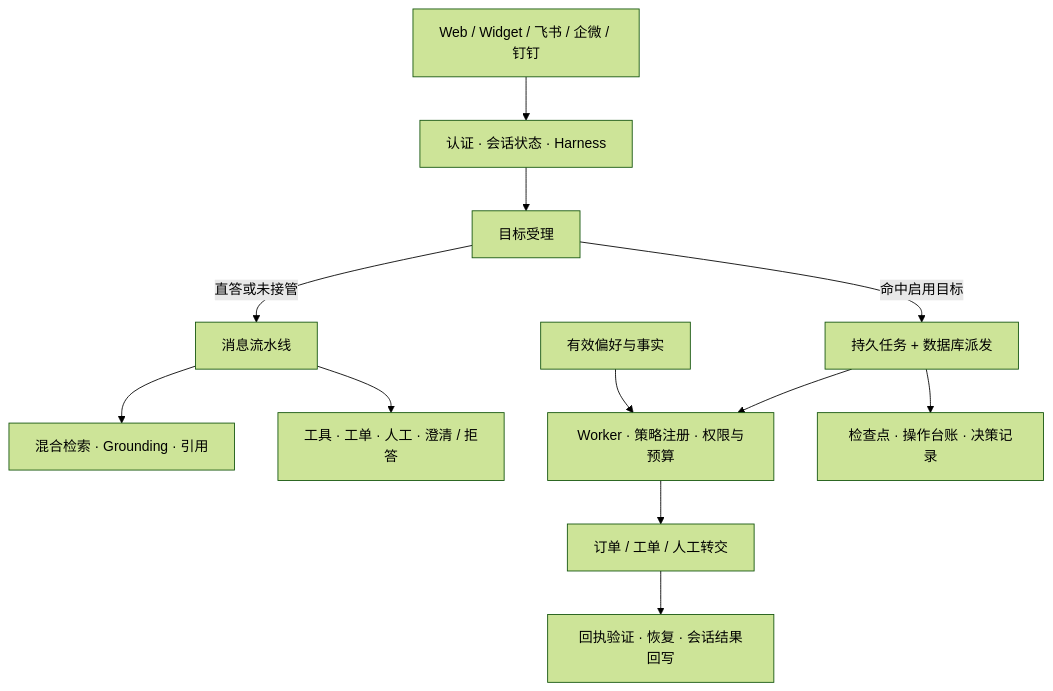
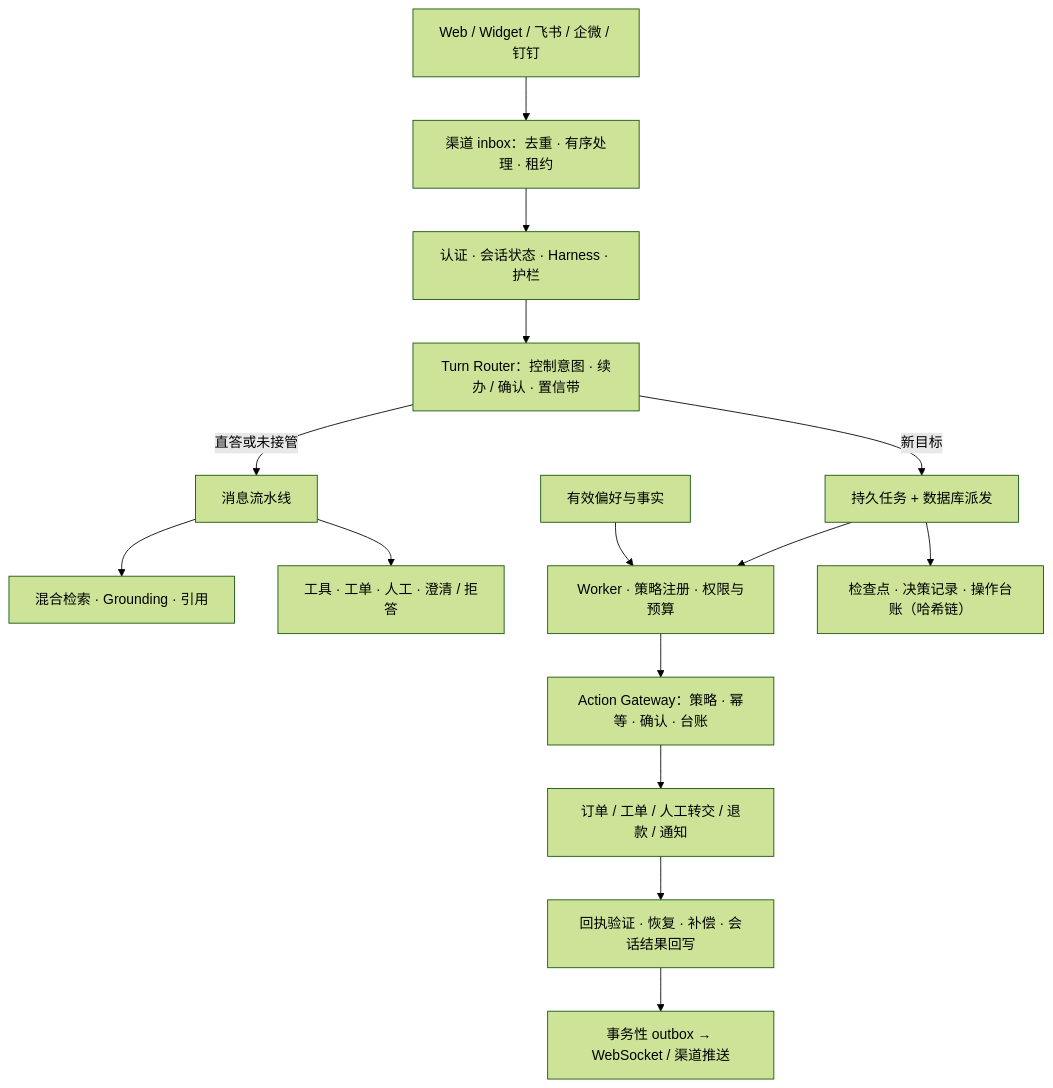
Before and after one commit to RightCloudhub/AskFlow: the diagram in README.md, drawn with Mermaid (forest theme). The commit also changed other lines of this file, not shown here.

````diff
--- a/README.md
+++ b/README.md
@@ -142,14 +143,17 @@
 ```mermaid
 flowchart TD
-    Channels["Web / Widget / 飞书 / 企微 / 钉钉"] --> Chat["认证 · 会话状态 · Harness"]
-    Chat --> Intake["目标受理"]
-    Intake -->|命中启用目标| Tasks["持久任务 + 数据库派发"]
-    Intake -->|直答或未接管| Pipeline["消息流水线"]
+    Channels["Web / Widget / 飞书 / 企微 / 钉钉"] --> Inbox["渠道 inbox：去重 · 有序处理 · 租约"]
+    Inbox --> Chat["认证 · 会话状态 · Harness · 护栏"]
+    Chat --> Router["Turn Router：控制意图 · 续办 / 确认 · 置信带"]
+    Router -->|新目标| Tasks["持久任务 + 数据库派发"]
+    Router -->|直答或未接管| Pipeline["消息流水线"]
     Pipeline --> RAG["混合检索 · Grounding · 引用"]
     Pipeline --> Legacy["工具 · 工单 · 人工 · 澄清 / 拒答"]
     Tasks --> Worker["Worker · 策略注册 · 权限与预算"]
-    Worker --> Domains["订单 / 工单 / 人工转交"]
-    Domains --> Verify["回执验证 · 恢复 · 会话结果回写"]
+    Worker --> Gateway["Action Gateway：策略 · 幂等 · 确认 · 台账"]
+    Gateway --> Domains["订单 / 工单 / 人工转交 / 退款 / 通知"]
+    Domains --> Verify["回执验证 · 恢复 · 补偿 · 会话结果回写"]
+    Verify --> Outbox["事务性 outbox → WebSocket / 渠道推送"]
     Memory["有效偏好与事实"] --> Worker
-    Tasks --> Ledger["检查点 · 操作台账 · 决策记录"]
+    Tasks --> Ledger["检查点 · 决策记录 · 操作台账（哈希链）"]
 ```
````
